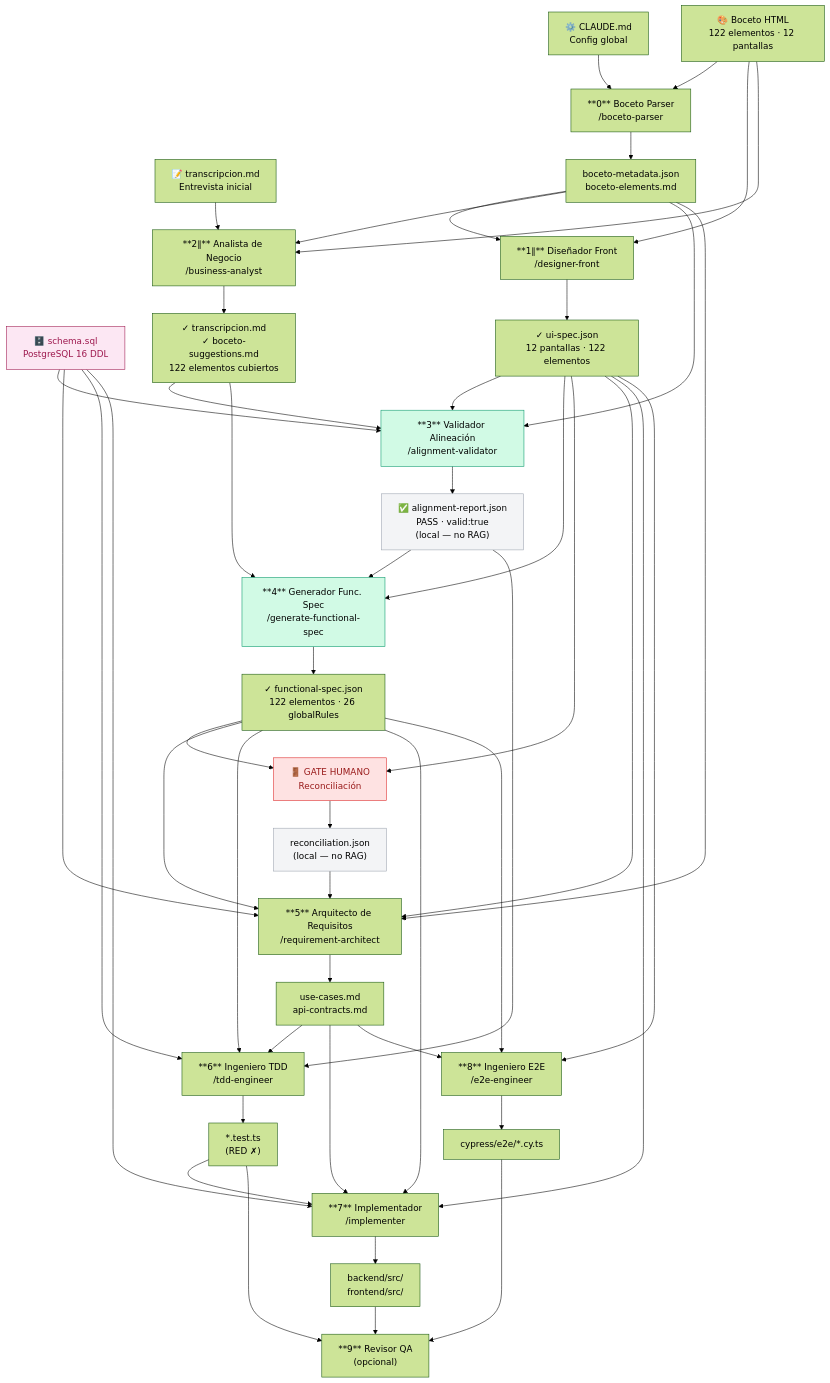
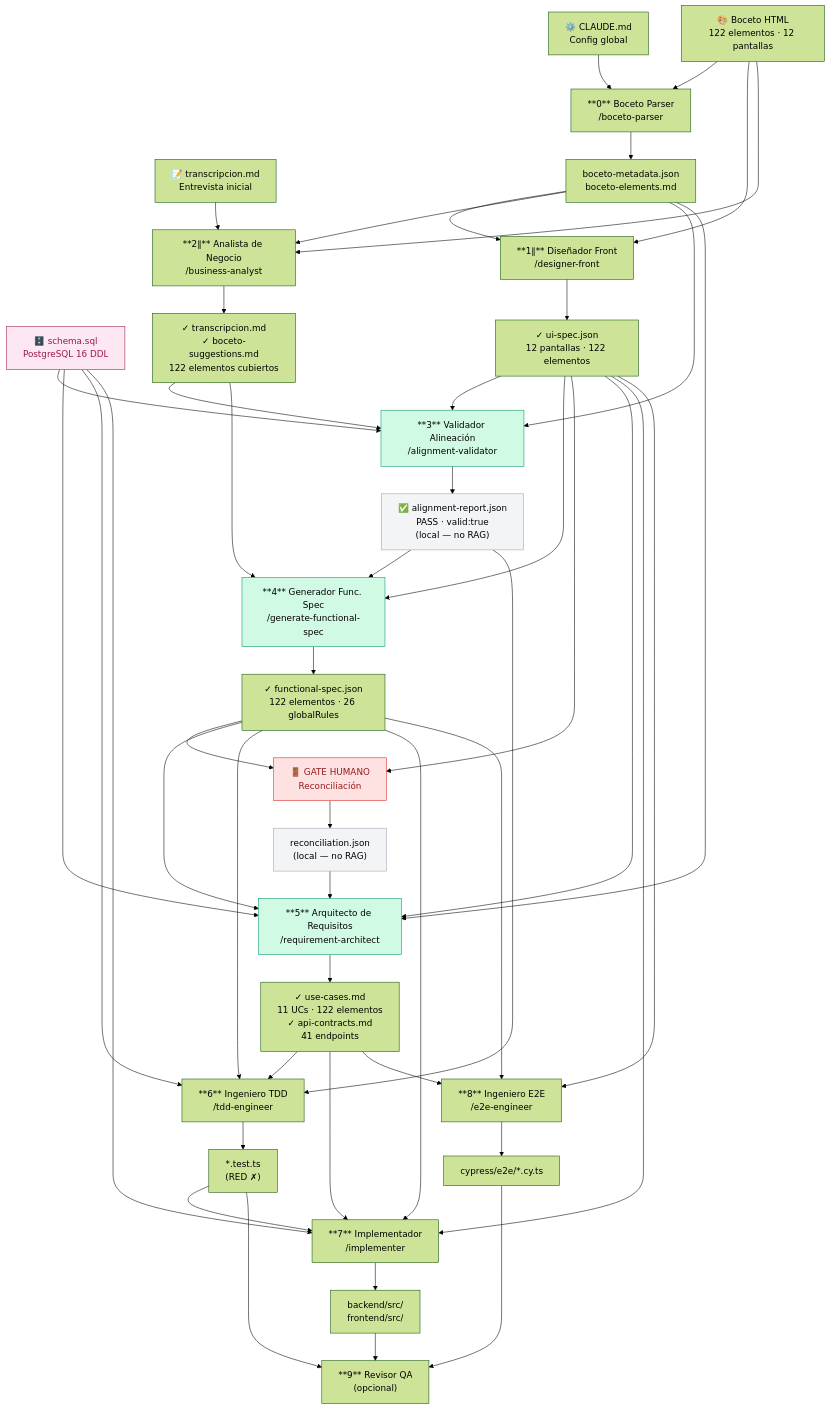
Before and after one commit to dbetancorfp/CORRECTOR_DE_PROYECTOS: the diagram in docs/flujo.md, drawn with Mermaid (forest theme). The commit also changed 5 other files, not shown here.

First line of the commit message:
feat(pipeline): run Agent 5 — use-cases and API contracts generated

```diff
--- a/docs/flujo.md
+++ b/docs/flujo.md
@@ -29,7 +29,7 @@
     ALIGN["✅ alignment-report.json\nPASS · valid:true\n(local — no RAG)"]
     FSPEC["✓ functional-spec.json\n122 elementos · 26 globalRules"]
     RECON["reconciliation.json\n(local — no RAG)"]
-    UC["use-cases.md\napi-contracts.md"]
+    UC["✓ use-cases.md\n11 UCs · 122 elementos\n✓ api-contracts.md\n41 endpoints"]
     TESTS["*.test.ts\n(RED ✗)"]
     CODE["backend/src/\nfrontend/src/"]
     E2E["cypress/e2e/*.cy.ts"]
@@ -84,6 +84,7 @@
     style GATE fill:#fee2e2,stroke:#dc2626,color:#991b1b
     style A3 fill:#d1fae5,stroke:#059669
     style A4 fill:#d1fae5,stroke:#059669
+    style A5 fill:#d1fae5,stroke:#059669
     style SCHEMA fill:#fce7f3,stroke:#9d174d,color:#9d174d
     style ALIGN fill:#f3f4f6,stroke:#9ca3af
     style RECON fill:#f3f4f6,stroke:#9ca3af
```
